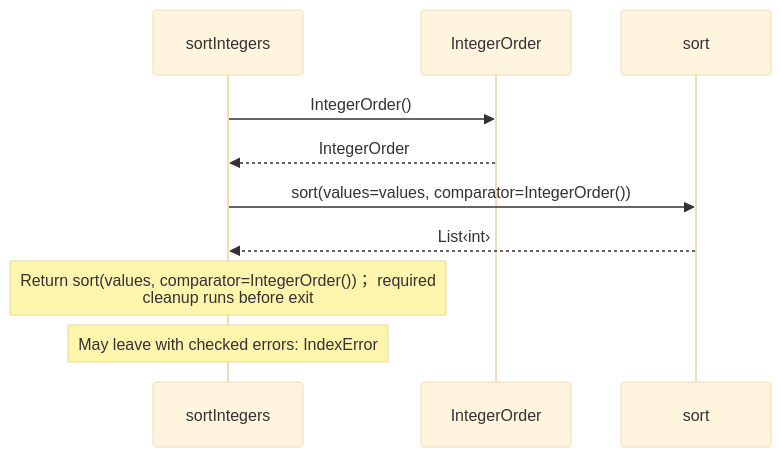
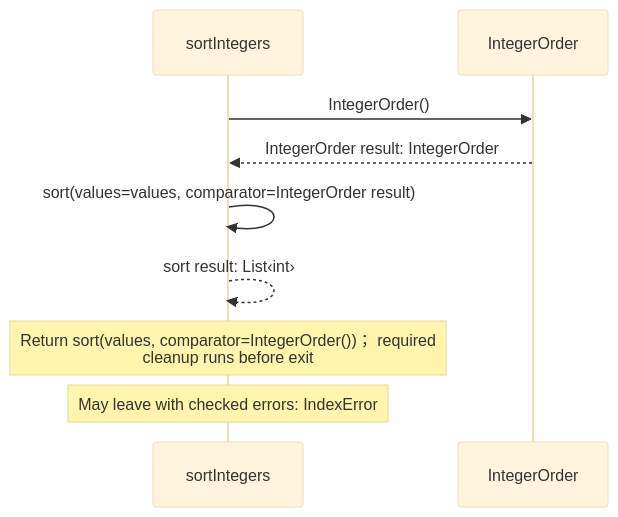
One commit to GreenPandaStudios/augscript changed diagram 20 of 21 in src/stdlib/collections/operations.aug.diagrams.md. Above: the diagram before and after it, drawn with Mermaid (base theme). The commit also changed other lines of this file and 304 other files, not shown here.

Commit message:
Make generated data-flow sequences concise and review every diagram

````diff
--- a/src/stdlib/collections/operations.aug.diagrams.md
+++ b/src/stdlib/collections/operations.aug.diagrams.md
@@ -343,12 +413,11 @@
 ```mermaid
 sequenceDiagram
     participant p0 as sortIntegers
     participant p1 as IntegerOrder
-    participant p2 as sort
     p0->>p1: IntegerOrder()
-    p1-->>p0: IntegerOrder
-    p0->>p2: sort(values=values, comparator=IntegerOrder())
-    p2-->>p0: List‹int›
+    p1-->>p0: IntegerOrder result: IntegerOrder
+    p0->>p0: sort(values=values, comparator=IntegerOrder result)
+    p0-->>p0: sort result: List‹int›
     Note over p0: Return sort(values, comparator=IntegerOrder())； required<br/>cleanup runs before exit
     Note over p0: May leave with checked errors: IndexError
 ```
````
